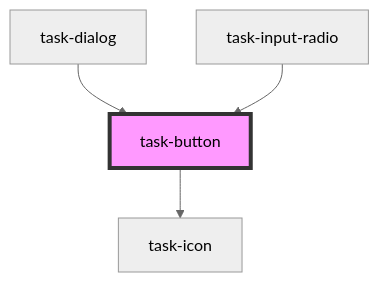
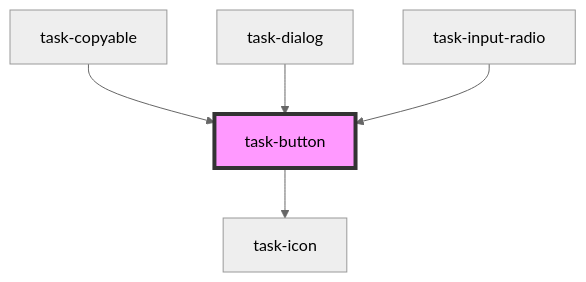
One commit to dschultz0/task-components changed the diagram in src/components/task-button/readme.md. Above: the diagram before and after it, drawn with Mermaid (neutral theme). The commit also changed other lines of this file and 3 other files, not shown here.

````diff
--- a/src/components/task-button/readme.md
+++ b/src/components/task-button/readme.md
@@ -55,7 +57,8 @@
 ```mermaid
 graph TD;
   task-button --> task-icon
+  task-copyable --> task-button
   task-dialog --> task-button
   task-input-radio --> task-button
   style task-button fill:#f9f,stroke:#333,stroke-width:4px
 ```
````
